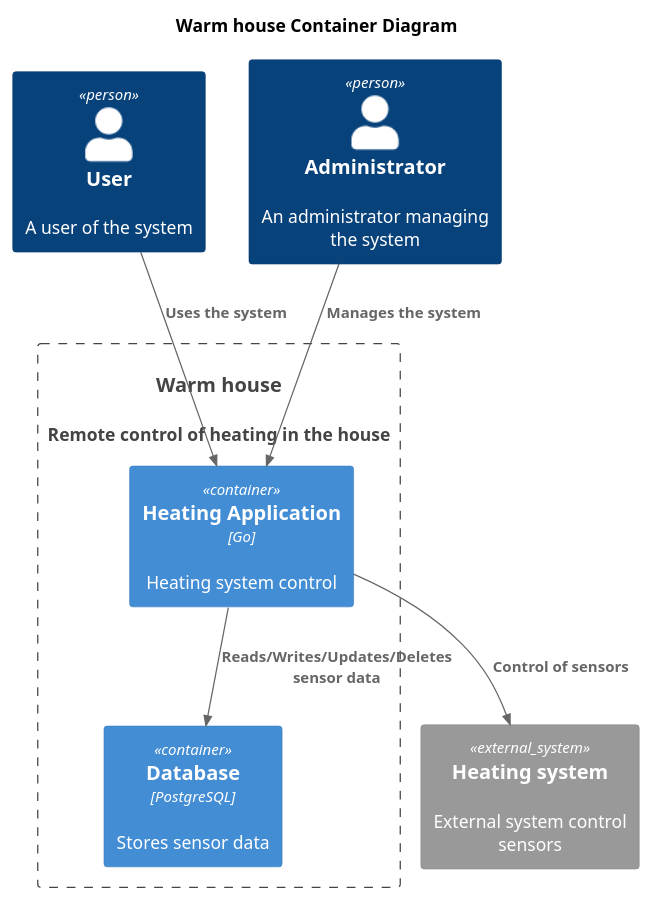
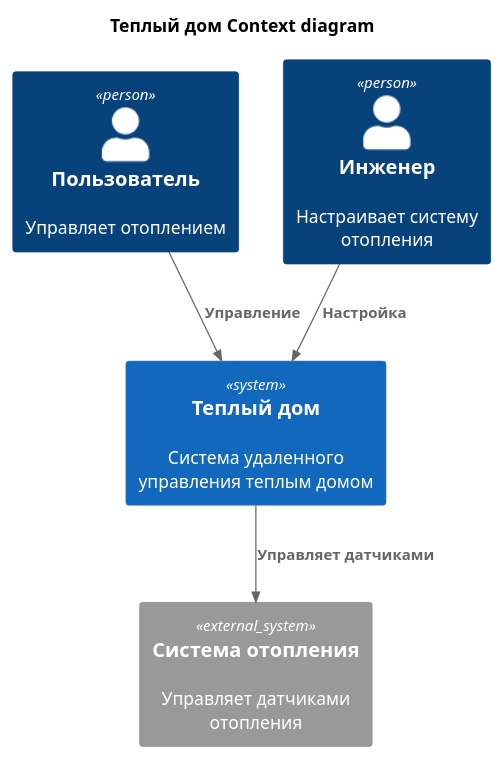
The diagram in schemas/old_app/Context.puml (AntonVolkov71/architecture-pro-warmhouse), drawn with PlantUML before and after one commit. The commit also changed 7 other files, not shown here.

```diff
--- a/schemas/old_app/Context.puml
+++ b/schemas/old_app/Context.puml
@@ -1,24 +1,18 @@
 @startuml
-title Warm house Container Diagram
+title Теплый дом Context diagram
 
 top to bottom direction
 
 !includeurl https://raw.githubusercontent.com/RicardoNiepel/C4-PlantUML/master/C4_Component.puml
 
-Person(user, "User", "A user of the system")
-Person(admin, "Administrator", "An administrator managing the system")
-System(WarmhouseSystem, "Warm house", "Remote control of heating in the house")
+Person(user, "Пользователь", "Управляет отоплением" )
+Person(admin, "Инженер", "Настраивает систему отопления")
+System(WarmHouseSystem, "Теплый дом", "Система удаленного управления теплым домом")
 
-Container_Boundary(WarmhouseSystem, "Warm house System") {
-  Container(HeatingSystem, "Heating Application", "Go", "Heating system control")
-  Container(Database, "Database", "PostgreSQL", "Stores sensor data")
-}
+System_Ext(sensors, "Система отопления", "Управляет датчиками отопления")
 
-System_Ext(sensors, "Heating system", "External system control sensors")
-
-Rel(user, HeatingSystem, "Uses the system")
-Rel(admin, HeatingSystem,"Manages the system")
-Rel(HeatingSystem, Database, "Reads/Writes/Updates/Deletes sensor data")
-Rel(HeatingSystem, sensors, "Control of sensors")
+Rel(user, WarmHouseSystem, "Управление")
+Rel(admin, WarmHouseSystem,"Настройка")
+Rel(WarmHouseSystem, sensors, "Управляет датчиками")
 
 @enduml
```
